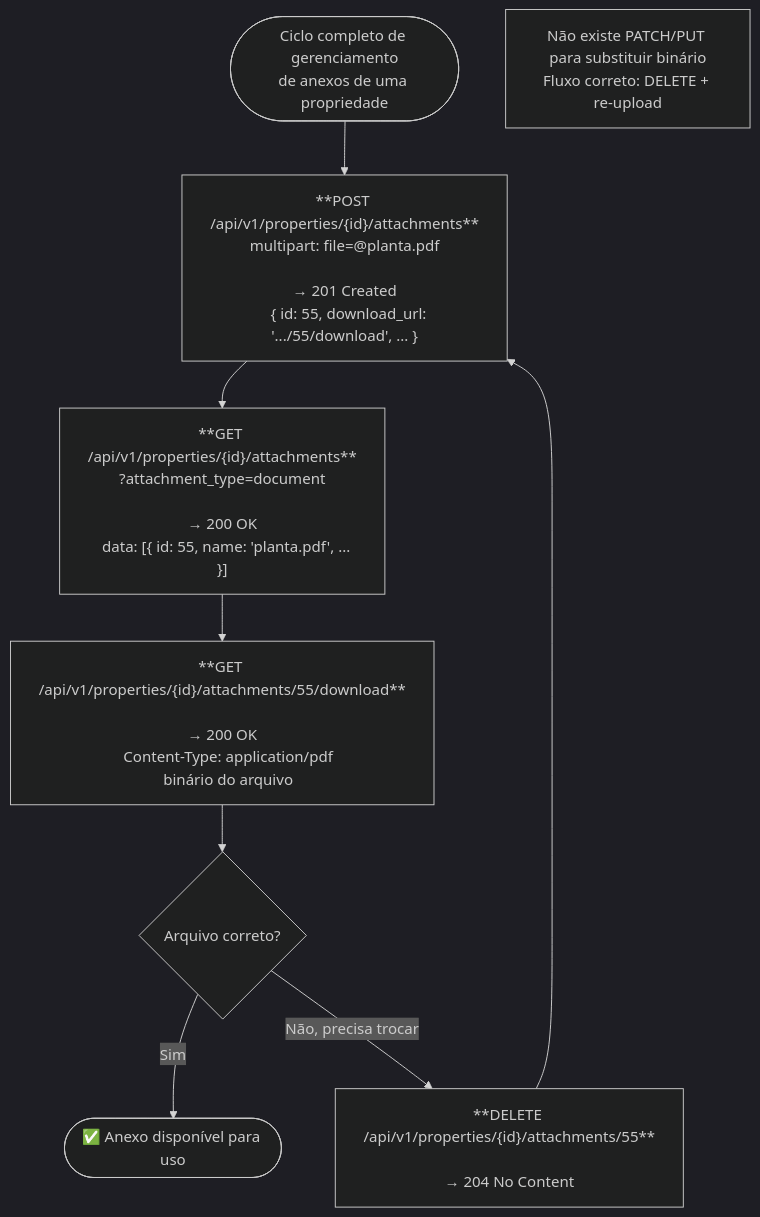
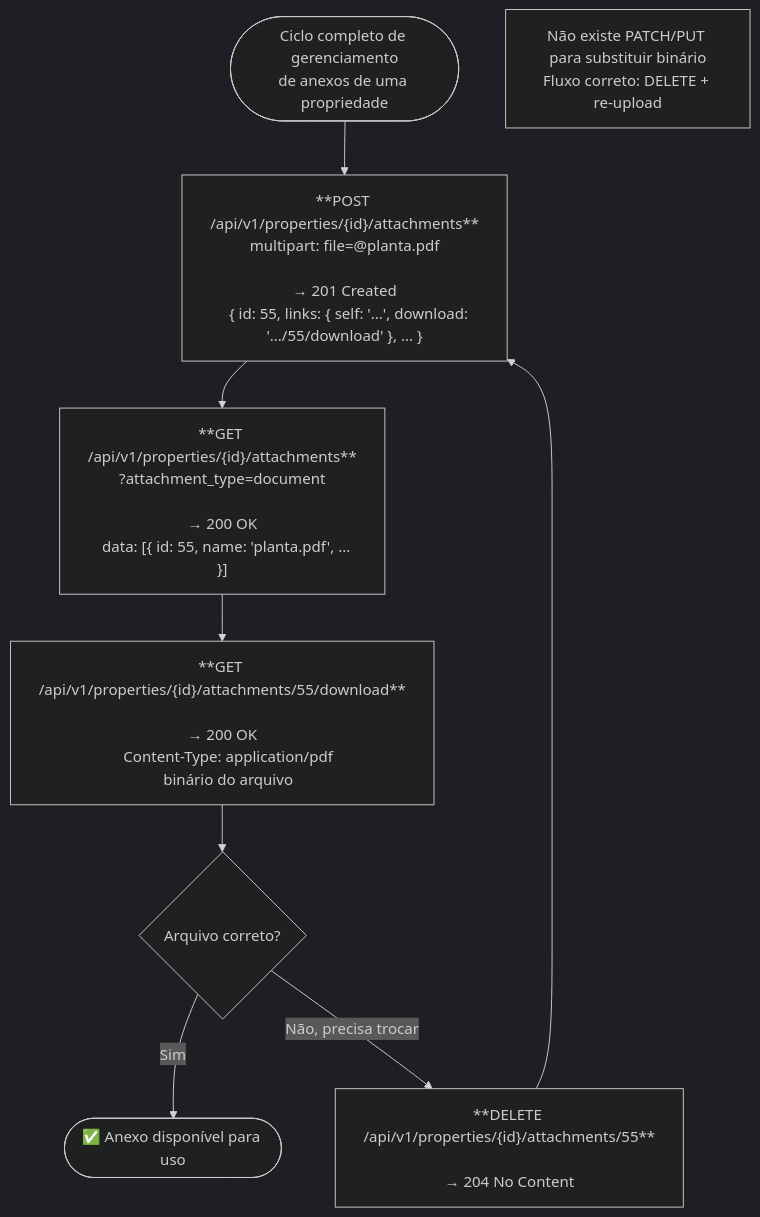
The sixth of 6 diagrams in specs/017-property-attachments-upload-api/flowcharts.md (luanalves/realestate_backend), drawn with Mermaid (dark theme) before and after one commit. The commit also changed other lines of this file and 1 other file, not shown here.

First line of the commit message:
docs(017): fix flowcharts + update Postman to v1.29

````diff
--- a/specs/017-property-attachments-upload-api/flowcharts.md
+++ b/specs/017-property-attachments-upload-api/flowcharts.md
@@ -157,18 +157,18 @@
 ```mermaid
 flowchart TD
     Start([Ciclo completo de gerenciamento\nde anexos de uma propriedade]) --> C1
 
-    C1["**POST /api/v1/properties/{id}/attachments**\nmultipart: file=@planta.pdf\n\n→ 201 Created\n   { id: 55, download_url: '.../55/download', ... }"] --> C2
+    C1["**POST /api/v1/properties/{id}/attachments**\nmultipart: file=@planta.pdf\n\n→ 201 Created\n   { id: 55, links: { self: '...', download: '.../55/download' }, ... }"] --> C2
 
     C2["**GET /api/v1/properties/{id}/attachments**\n?attachment_type=document\n\n→ 200 OK\n   data: [{ id: 55, name: 'planta.pdf', ... }]"] --> C3
 
     C3["**GET /api/v1/properties/{id}/attachments/55/download**\n\n→ 200 OK\n   Content-Type: application/pdf\n   binário do arquivo"] --> C4
 
     C4{Arquivo correto?}
     C4 -->|Sim| Done([✅ Anexo disponível para uso])
     C4 -->|Não, precisa trocar| C5
 
     C5["**DELETE /api/v1/properties/{id}/attachments/55**\n\n→ 204 No Content"] --> C1
 
     note1["Não existe PATCH/PUT para substituir binário\nFluxo correto: DELETE + re-upload"]
 ```
````
